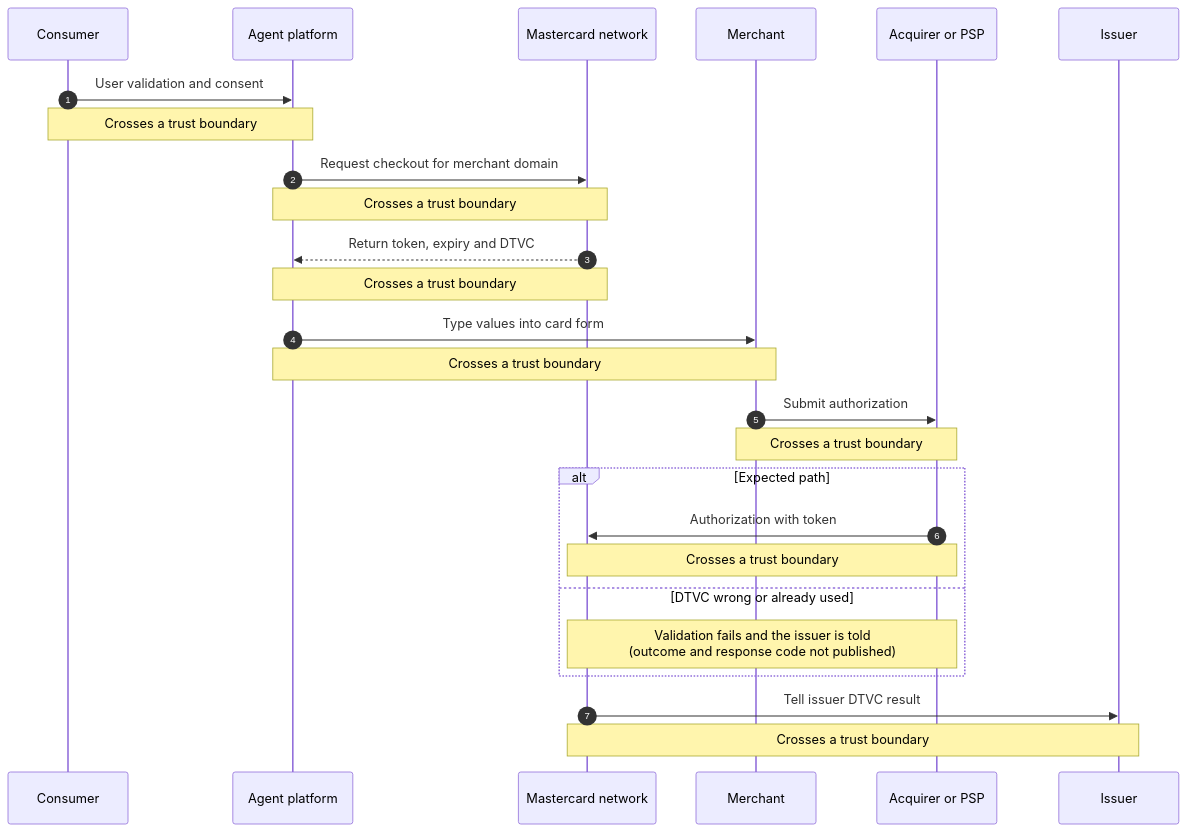
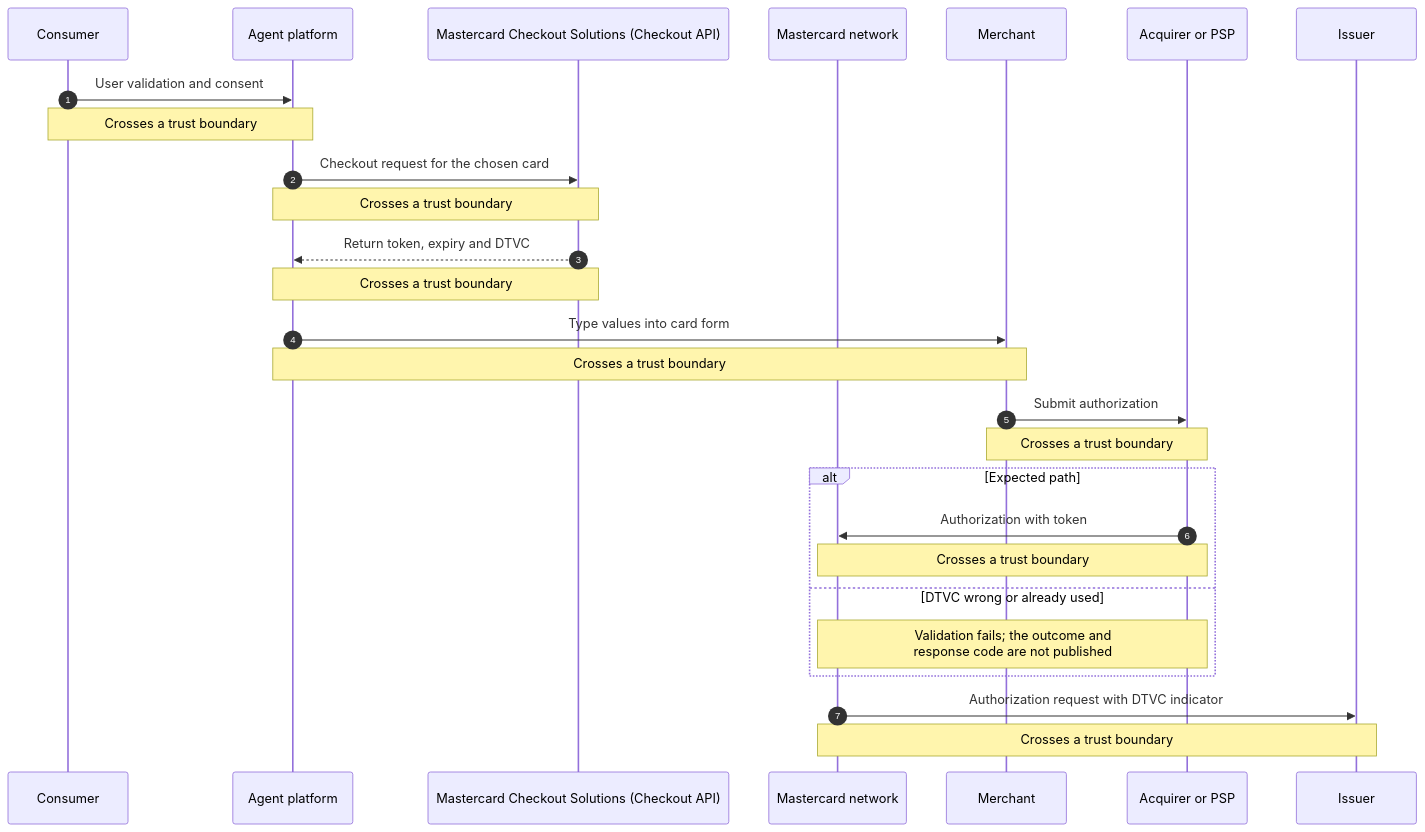
Before and after one commit to mercesAI/agentic-rails-atlas: the diagram in src/generated/mermaid/mastercard-agent-pay-dtvc-guest-checkout.mmd, drawn with Mermaid. The commit also changed 85 other files, not shown here.

Commit message:
fix(content): full Mastercard Agent Pay fact check with AP4M Early Access, MDES and liability wording

```diff
--- a/src/generated/mermaid/mastercard-agent-pay-dtvc-guest-checkout.mmd
+++ b/src/generated/mermaid/mastercard-agent-pay-dtvc-guest-checkout.mmd
@@ -1,28 +1,29 @@
 sequenceDiagram
   accTitle: Guest checkout with a Virtual Card Token and a DTVC
-  accDescr: Sequence diagram: Guest checkout with a Virtual Card Token and a DTVC. 6 participants: Consumer, Agent platform, Mastercard network, Merchant, Acquirer or PSP, and Issuer. 7 steps, 7 crossing a trust boundary, 1 failure branch. Based on mastercard-agent-pay Agent Pay developer guides (unversioned, read 2026-10-11) (2026-10-11). Step 1: Consumer to Agent platform: User validation and consent. This step crosses a trust boundary. Step 2: Agent platform to Mastercard network: Request checkout for merchant domain. This step crosses a trust boundary. Step 3: Mastercard network to Agent platform: Return token, expiry and DTVC. This step crosses a trust boundary. Step 4: Agent platform to Merchant: Type values into card form. This step crosses a trust boundary. Step 5: Merchant to Acquirer or PSP: Submit authorization. This step crosses a trust boundary. Step 6: Acquirer or PSP to Mastercard network: Authorization with token. This step crosses a trust boundary. If DTVC wrong or already used: Validation fails and the issuer is told (outcome and response code not published). Step 7: Mastercard network to Issuer: Tell issuer DTVC result. This step crosses a trust boundary.
+  accDescr: Sequence diagram: Guest checkout with a Virtual Card Token and a DTVC. 7 participants: Consumer, Agent platform, Mastercard Checkout Solutions (Checkout API), Mastercard network, Merchant, Acquirer or PSP, and Issuer. 7 steps, 7 crossing a trust boundary, 1 failure branch. Based on mastercard-agent-pay Agent Pay developer guides (unversioned, read 2026-10-21) (2026-10-21). Step 1: Consumer to Agent platform: User validation and consent. This step crosses a trust boundary. Step 2: Agent platform to Mastercard Checkout Solutions (Checkout API): Checkout request for the chosen card. This step crosses a trust boundary. Step 3: Mastercard Checkout Solutions (Checkout API) to Agent platform: Return token, expiry and DTVC. This step crosses a trust boundary. Step 4: Agent platform to Merchant: Type values into card form. This step crosses a trust boundary. Step 5: Merchant to Acquirer or PSP: Submit authorization. This step crosses a trust boundary. Step 6: Acquirer or PSP to Mastercard network: Authorization with token. This step crosses a trust boundary. If DTVC wrong or already used: Validation fails the outcome and response code are not published. Step 7: Mastercard network to Issuer: Authorization request with DTVC indicator. This step crosses a trust boundary.
   autonumber
   participant p_consumer as Consumer
   participant p_agent as Agent platform
+  participant p_checkout as Mastercard Checkout Solutions (Checkout API)
   participant p_network as Mastercard network
   participant p_merchant as Merchant
   participant p_acquirer as Acquirer or PSP
   participant p_issuer as Issuer
   p_consumer->>p_agent: User validation and consent
   Note over p_consumer,p_agent: Crosses a trust boundary
-  p_agent->>p_network: Request checkout for merchant domain
-  Note over p_agent,p_network: Crosses a trust boundary
-  p_network-->>p_agent: Return token, expiry and DTVC
-  Note over p_network,p_agent: Crosses a trust boundary
+  p_agent->>p_checkout: Checkout request for the chosen card
+  Note over p_agent,p_checkout: Crosses a trust boundary
+  p_checkout-->>p_agent: Return token, expiry and DTVC
+  Note over p_checkout,p_agent: Crosses a trust boundary
   p_agent->>p_merchant: Type values into card form
   Note over p_agent,p_merchant: Crosses a trust boundary
   p_merchant->>p_acquirer: Submit authorization
   Note over p_merchant,p_acquirer: Crosses a trust boundary
   alt Expected path
     p_acquirer->>p_network: Authorization with token
     Note over p_acquirer,p_network: Crosses a trust boundary
   else DTVC wrong or already used
-    Note over p_acquirer,p_network: Validation fails and the issuer is told<br/>(outcome and response code not published)
+    Note over p_acquirer,p_network: Validation fails#59; the outcome and<br/>response code are not published
   end
-  p_network->>p_issuer: Tell issuer DTVC result
+  p_network->>p_issuer: Authorization request with DTVC indicator
   Note over p_network,p_issuer: Crosses a trust boundary
```
